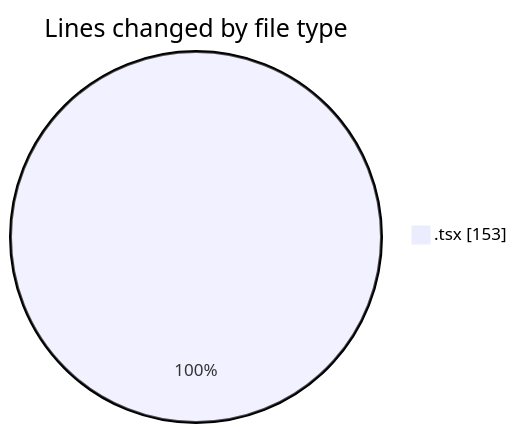
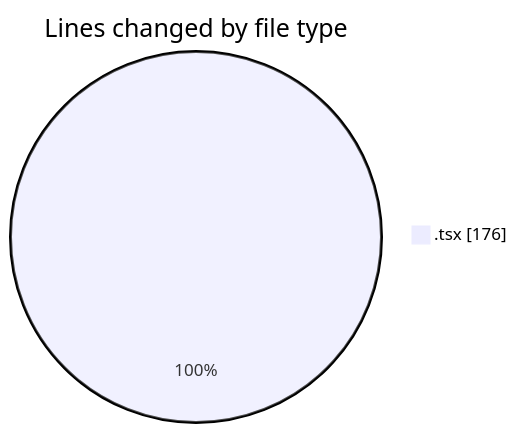
The first of 2 diagrams in 2026-03-30/nxtqube_webapp/README.md (nxtqubesakshisongat/code-tracking), drawn with Mermaid before and after one commit. The commit also changed other lines of this file and 1 other file, not shown here.

````diff
--- a/2026-03-30/nxtqube_webapp/README.md
+++ b/2026-03-30/nxtqube_webapp/README.md
@@ -20,5 +20,5 @@
 ```mermaid
 pie showData
 title Lines changed by file type
-".tsx" : 153
+".tsx" : 176
 ```
````
